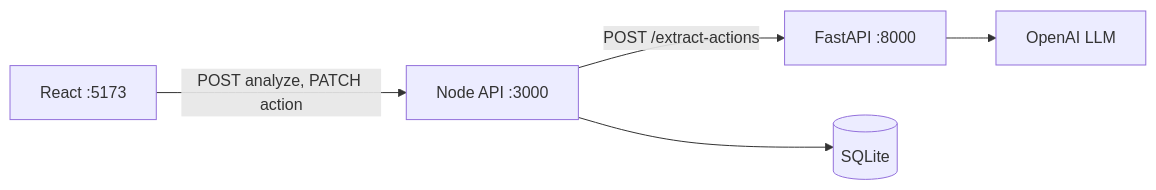
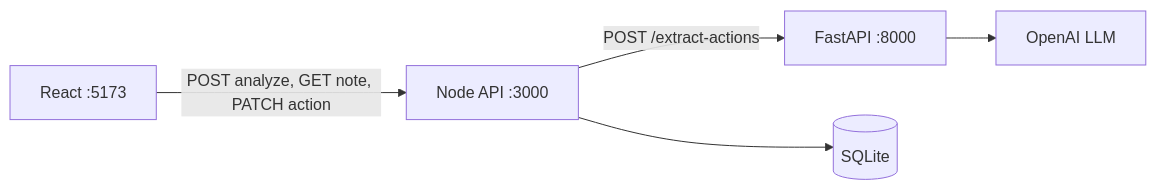
Before and after one commit to kerenschoss369/clinical-follow-up-detector: the diagram in README.md, drawn with Mermaid. The commit also changed other lines of this file and 4 other files, not shown here.

Commit message:
docs: refresh README, architecture, and integration guides

````diff
--- a/README.md
+++ b/README.md
@@ -32,12 +38,12 @@
 ```mermaid
 flowchart LR
   reactWeb["React :5173"]
   nodeApi["Node API :3000"]
   fastApi["FastAPI :8000"]
   llm["OpenAI LLM"]
   sqlite[(SQLite)]
-  reactWeb -->|"POST analyze, PATCH action"| nodeApi
+  reactWeb -->|"POST analyze, GET note, PATCH action"| nodeApi
   nodeApi -->|"POST /extract-actions"| fastApi
   fastApi --> llm
   nodeApi --> sqlite
 ```
````
